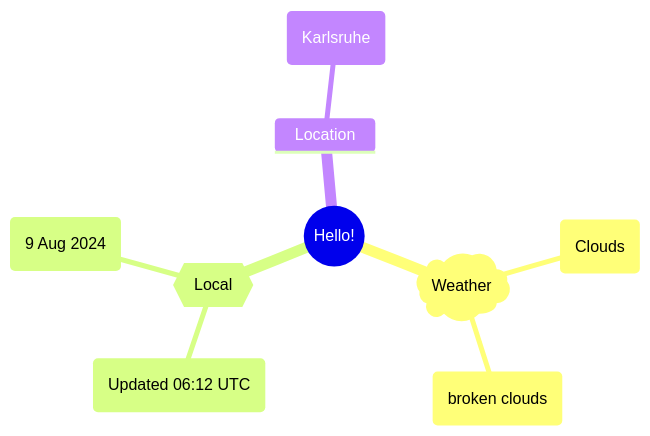
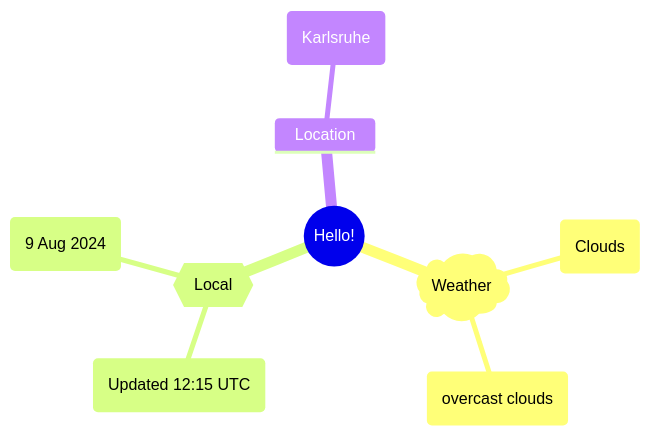
One commit to Xosrov/Xosrov changed the first of 2 diagrams in README.md. Above: the diagram before and after it, drawn with Mermaid.

Commit message:
[bot] updated images

````diff
--- a/README.md
+++ b/README.md
@@ -3,12 +3,12 @@
 ```mermaid
 mindmap
   root((Hello!))
     )Weather(
         (Clouds)
-        (broken clouds)
+        (overcast clouds)
     {{Local}}
-        (Updated 06:12 UTC)
+        (Updated 12:15 UTC)
         (9 Aug 2024)
     Location
         (Karlsruhe)
 ```
````
